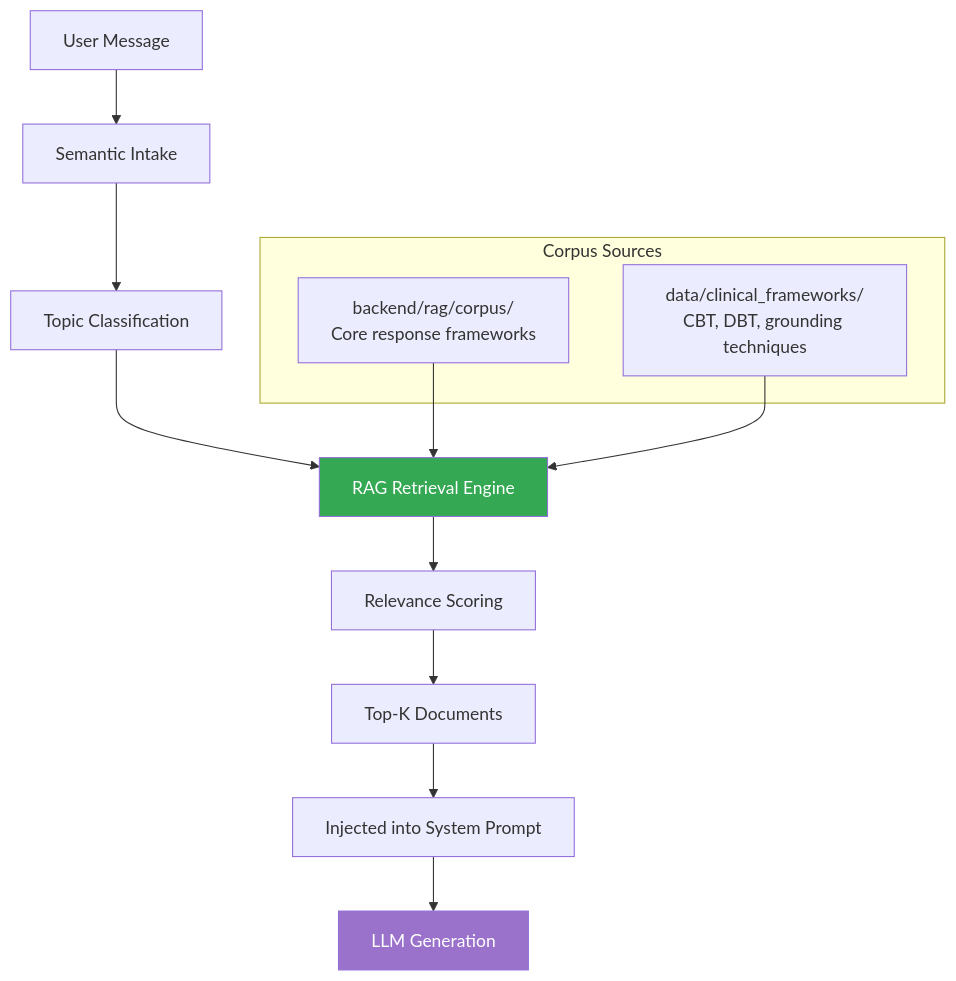
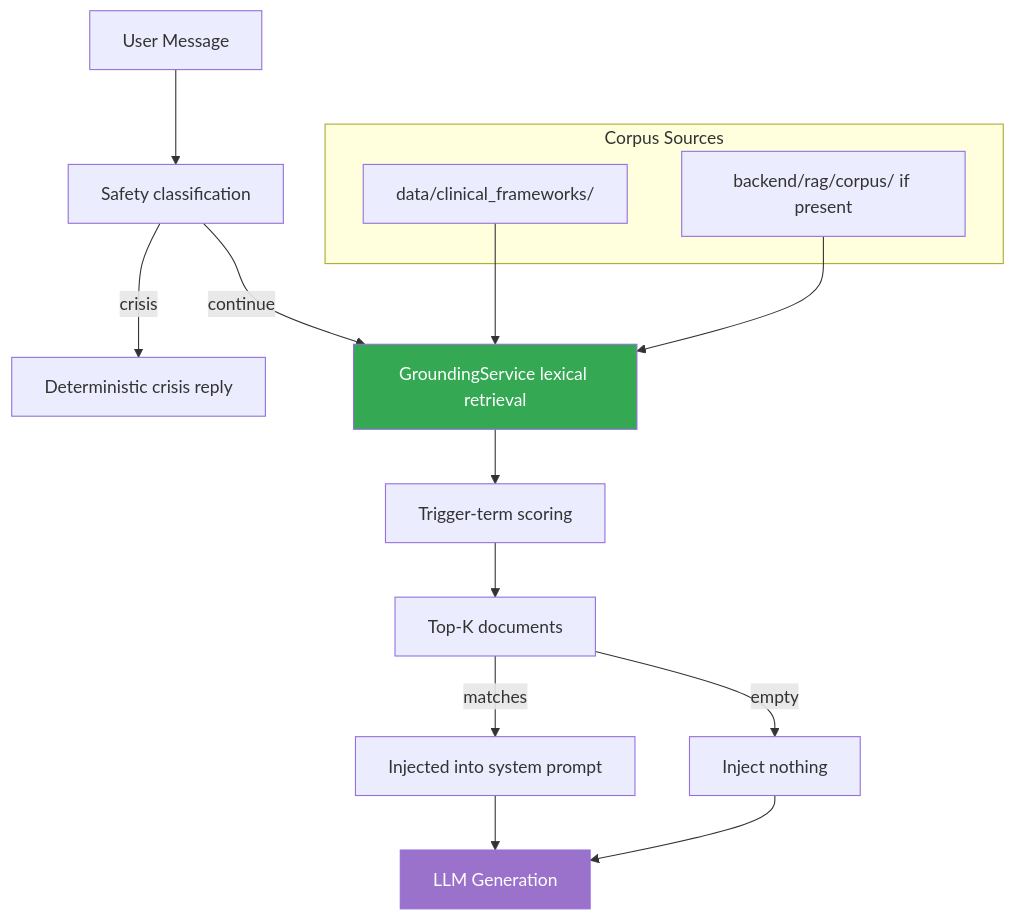
The first of 2 diagrams in docs/backend/rag-clinical-frameworks.md (M1rw/MindPal), drawn with Mermaid before and after one commit. The commit also changed other lines of this file and 272 other files, not shown here.

````diff
--- a/docs/backend/rag-clinical-frameworks.md
+++ b/docs/backend/rag-clinical-frameworks.md
@@ -9,23 +9,24 @@
 ```mermaid
 flowchart TD
-    MSG["User Message"] --> INTAKE["Semantic Intake"]
-    INTAKE --> TOPIC["Topic Classification"]
-    
-    TOPIC --> RETRIEVE["RAG Retrieval Engine"]
-    
+    MSG["User Message"] --> SAFETY["Safety classification"]
+    SAFETY -->|crisis| CRISIS["Deterministic crisis reply"]
+    SAFETY -->|continue| RETRIEVE["GroundingService lexical retrieval"]
+
     subgraph "Corpus Sources"
-        CORE["backend/rag/corpus/<br/>Core response frameworks"]
-        CLINICAL["data/clinical_frameworks/<br/>CBT, DBT, grounding techniques"]
+        CLINICAL["data/clinical_frameworks/"]
+        CORE["backend/rag/corpus/ if present"]
     end
-    
+
+    CLINICAL --> RETRIEVE
     CORE --> RETRIEVE
-    CLINICAL --> RETRIEVE
-    
-    RETRIEVE --> SCORE["Relevance Scoring"]
-    SCORE --> TOP_K["Top-K Documents"]
-    TOP_K --> PROMPT["Injected into System Prompt"]
+
+    RETRIEVE --> SCORE["Trigger-term scoring"]
+    SCORE --> TOP_K["Top-K documents"]
+    TOP_K -->|matches| PROMPT["Injected into system prompt"]
+    TOP_K -->|empty| SKIP["Inject nothing"]
     PROMPT --> LLM["LLM Generation"]
+    SKIP --> LLM
 
     style RETRIEVE fill:#34a853,color:white
     style LLM fill:#9b72cb,color:white
 ```
````
